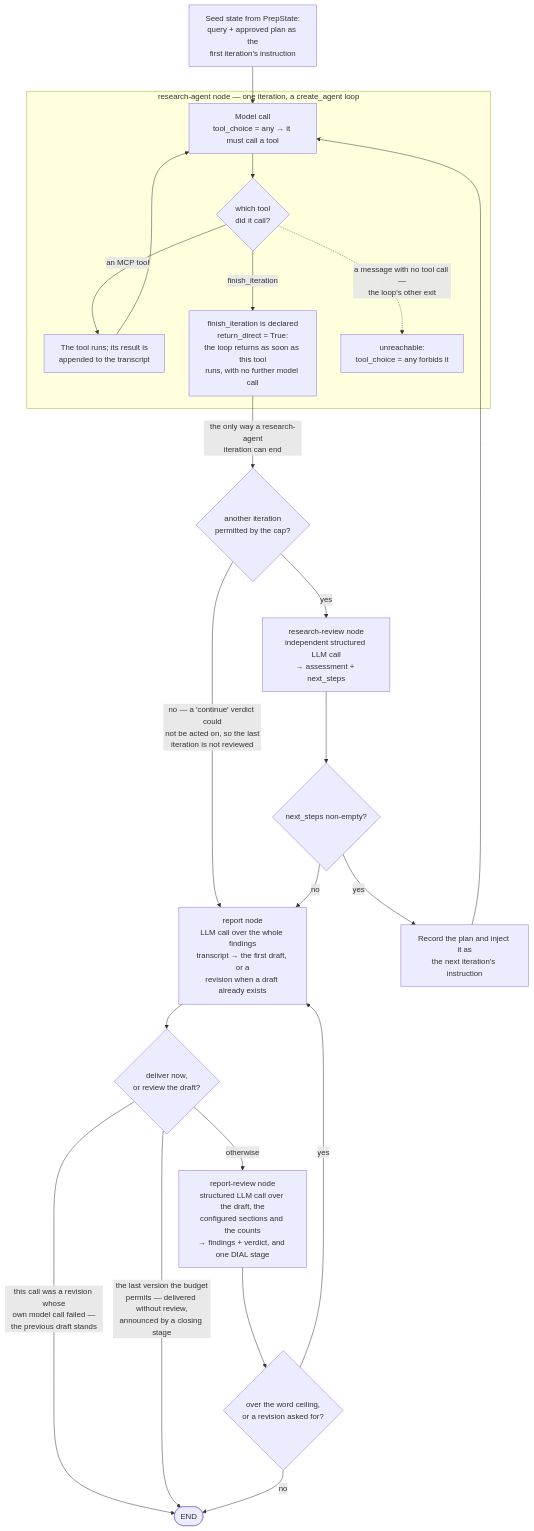
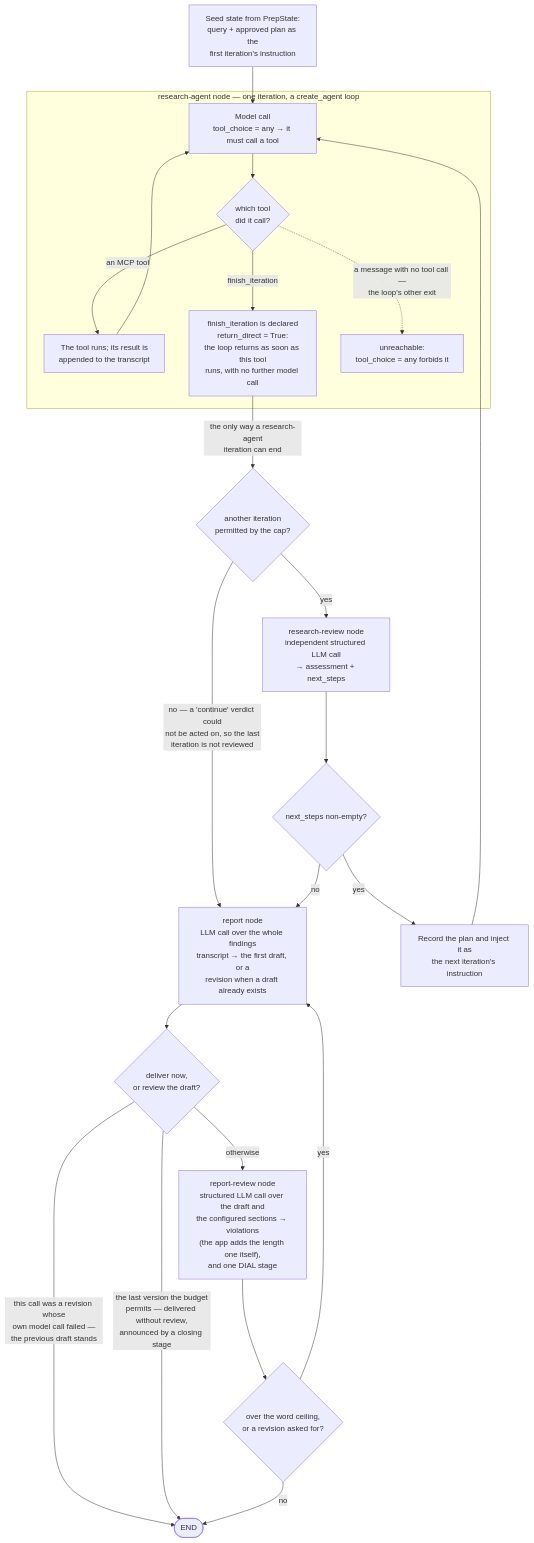
Before and after one commit to epam/ai-dial-deep-research-backend: the second of 2 diagrams in docs/architecture.md, drawn with Mermaid. The commit also changed other lines of this file and 10 other files, not shown here.

Commit message:
simplify report review

````diff
--- a/docs/architecture.md
+++ b/docs/architecture.md
@@ -123,28 +123,28 @@
 ```mermaid
 flowchart TD
     seed["Seed state from PrepState:<br/>query + approved plan as the<br/>first iteration's instruction"] --> model
 
     subgraph research_agent_sub["research-agent node — one iteration, a create_agent loop"]
         model["Model call<br/>tool_choice = any → it must call a tool"]
         model --> which{"which tool<br/>did it call?"}
         which -->|"an MCP tool"| mcp["The tool runs; its result is<br/>appended to the transcript"]
         mcp --> model
         which -->|"finish_iteration"| fin["finish_iteration is declared<br/>return_direct = True:<br/>the loop returns as soon as this tool<br/>runs, with no further model call"]
         which -.->|"a message with no tool call —<br/>the loop's other exit"| blocked["unreachable:<br/>tool_choice = any forbids it"]
     end
 
     fin -->|"the only way a research-agent<br/>iteration can end"| itgate{"another iteration<br/>permitted by the cap?"}
     itgate -->|yes| research_review["research-review node<br/>independent structured LLM call<br/>→ assessment + next_steps"]
     itgate -->|"no — a 'continue' verdict could<br/>not be acted on, so the last<br/>iteration is not reviewed"| report
     research_review --> route{"next_steps non-empty?"}
     route -->|yes| nextplan["Record the plan and inject it as<br/>the next iteration's instruction"]
     nextplan --> model
     route -->|no| report["report node<br/>LLM call over the whole findings<br/>transcript → the first draft, or a<br/>revision when a draft already exists"]
     report --> afterreport{"deliver now,<br/>or review the draft?"}
     afterreport -->|"this call was a revision whose<br/>own model call failed —<br/>the previous draft stands"| finaldone(["END"])
     afterreport -->|"the last version the budget<br/>permits — delivered without review,<br/>announced by a closing stage"| finaldone
-    afterreport -->|"otherwise"| report_review["report-review node<br/>structured LLM call over the draft, the<br/>configured sections and the counts<br/>→ findings + verdict, and one DIAL stage"]
+    afterreport -->|"otherwise"| report_review["report-review node<br/>structured LLM call over the draft and<br/>the configured sections → violations<br/>(the app adds the length one itself),<br/>and one DIAL stage"]
     report_review --> reroute{"over the word ceiling,<br/>or a revision asked for?"}
     reroute -->|yes| report
     reroute -->|no| finaldone
 ```
````
